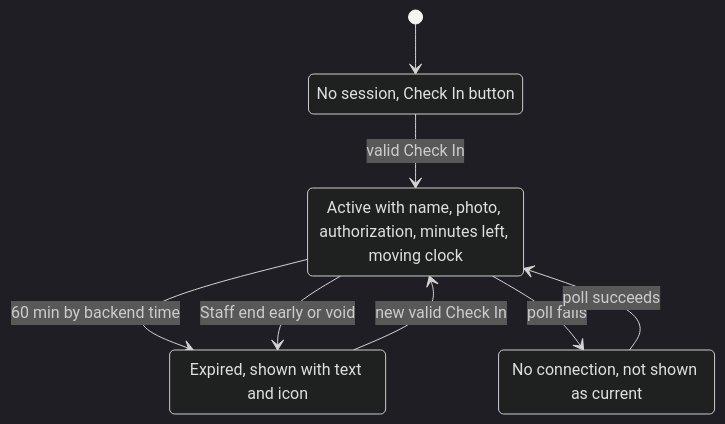
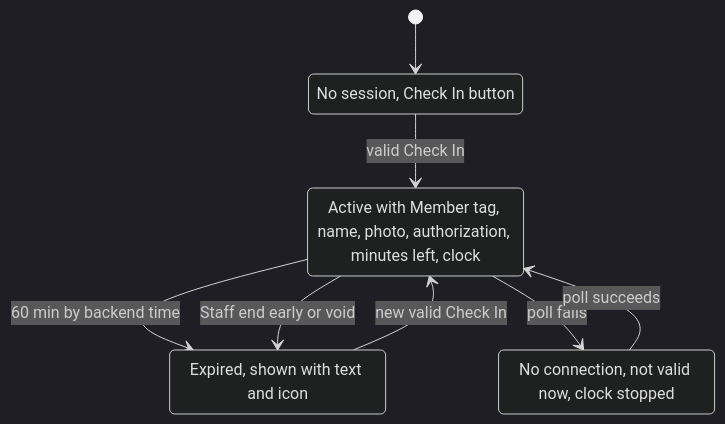
Before and after one commit to Th3-Minorities/natatorio-gym-app: the sixth of 11 diagrams in docs/design/check-in-flows.md, drawn with Mermaid (dark theme). The commit also changed other lines of this file, not shown here.

Commit message:
Apply the design review decisions to the Check In flows

````diff
--- a/docs/design/check-in-flows.md
+++ b/docs/design/check-in-flows.md
@@ -202,15 +204,15 @@
 ```mermaid
 stateDiagram-v2
   state "No session, Check In button" as pm_none
-  state "Active with name, photo, authorization, minutes left, moving clock" as pm_active
+  state "Active with Member tag, name, photo, authorization, minutes left, clock" as pm_active
   state "Expired, shown with text and icon" as pm_expired
-  state "No connection, not shown as current" as pm_offline
+  state "No connection, not valid now, clock stopped" as pm_offline
 
   [*] --> pm_none
   pm_none --> pm_active : valid Check In
   pm_active --> pm_expired : 60 min by backend time
   pm_active --> pm_expired : Staff end early or void
   pm_expired --> pm_active : new valid Check In
   pm_active --> pm_offline : poll fails
   pm_offline --> pm_active : poll succeeds
 ```
````
